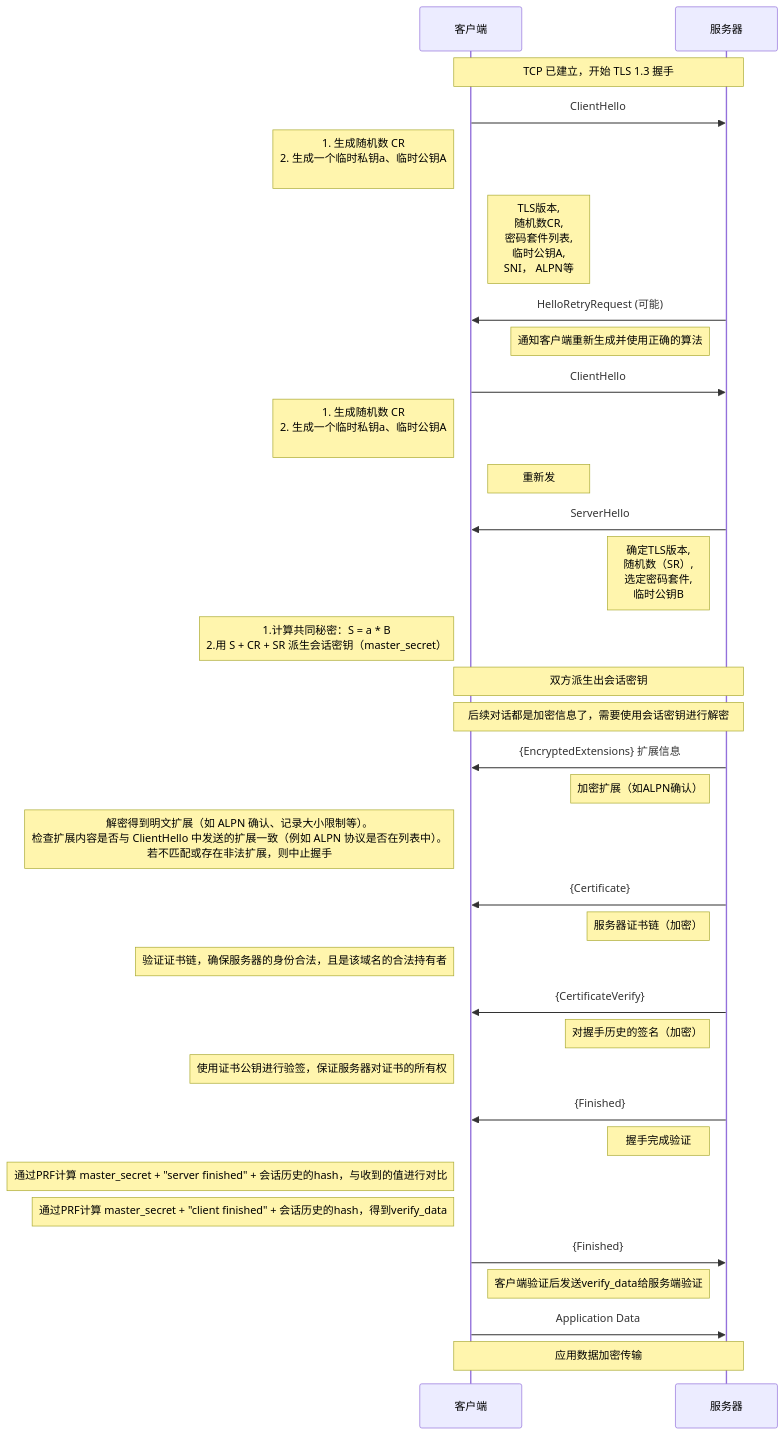
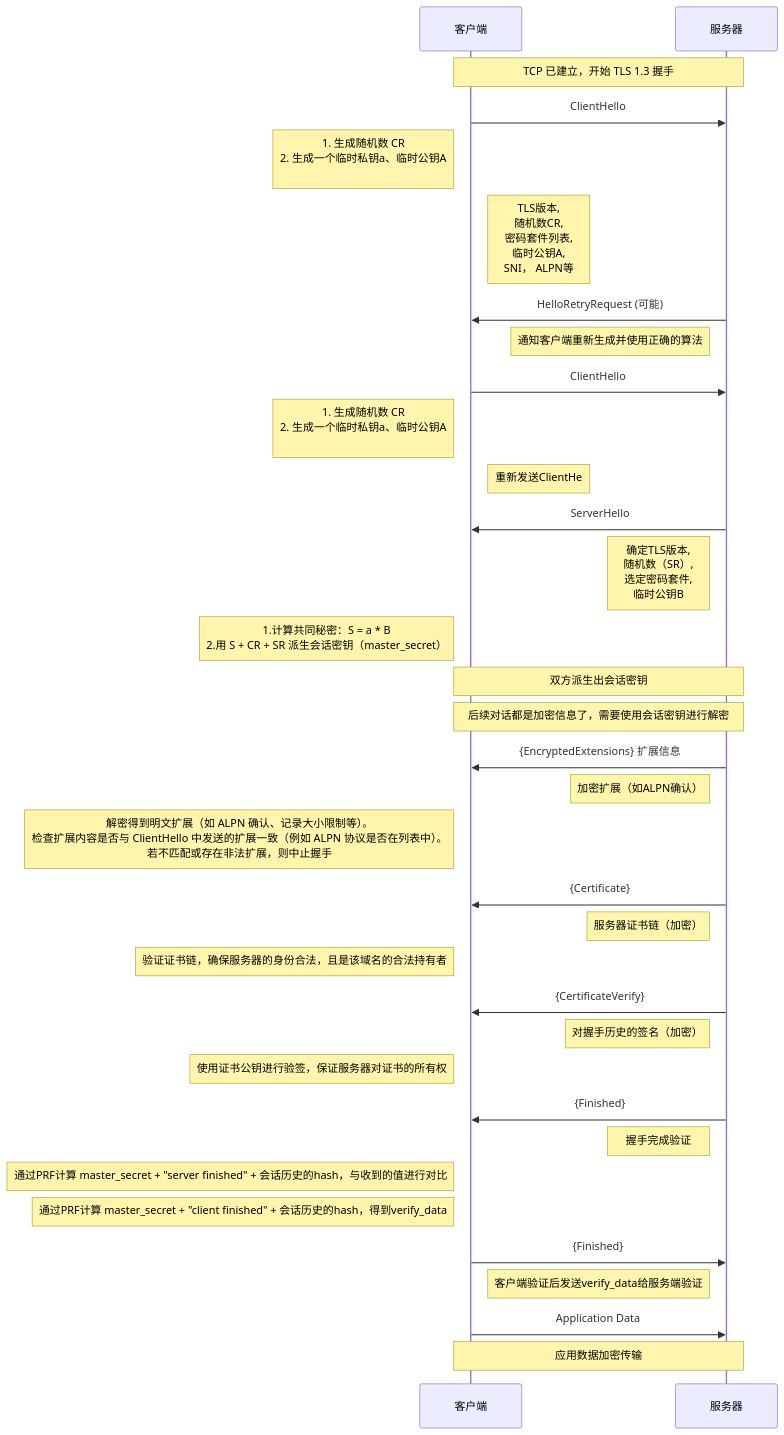
Before and after one commit to HY-10-8/iodraw-files: the diagram in all/TLS-1.3-通用（全）.md, drawn with Mermaid.

Commit message:
2026-03-31 10:09:50 update

````diff
--- a/all/TLS-1.3-通用（全）.md
+++ b/all/TLS-1.3-通用（全）.md
@@ -1,48 +1,48 @@
 ```mermaid
 sequenceDiagram
     participant C as 客户端
     participant S as 服务器
 
     Note over C,S: TCP 已建立，开始 TLS 1.3 握手
 
     C->>S: ClientHello
     Note left of C: 1. 生成随机数 CR<br/> 2. 生成一个临时私钥a、临时公钥A<br/>
     Note right of C: TLS版本,<br/> 随机数CR,<br/> 密码套件列表,<br/> 临时公钥A,<br/> SNI， ALPN等
 
     S->>C: HelloRetryRequest (可能)
     Note left of S: 通知客户端重新生成并使用正确的算法
 
     C->>S: ClientHello
     Note left of C: 1. 生成随机数 CR<br/> 2. 生成一个临时私钥a、临时公钥A<br/>
-    Note right of C: 重新发
+    Note right of C: 重新发送ClientHe
 
     S->>C: ServerHello
     Note left of S: 确定TLS版本, <br/>随机数（SR）,<br/> 选定密码套件, <br/>临时公钥B
     Note left of C: 1.计算共同秘密：S = a * B<br/> 2.用 S + CR + SR 派生会话密钥（master_secret）
 
     Note over C,S: 双方派生出会话密钥
     Note over C,S: 后续对话都是加密信息了，需要使用会话密钥进行解密
 
     S->>C: {EncryptedExtensions} 扩展信息
     Note left of S: 加密扩展（如ALPN确认）
     Note left of C: 解密得到明文扩展（如 ALPN 确认、记录大小限制等）。<br/>检查扩展内容是否与 ClientHello 中发送的扩展一致（例如 ALPN 协议是否在列表中）。<br/> 若不匹配或存在非法扩展，则中止握手
 
     S->>C: {Certificate}
     Note left of S: 服务器证书链（加密）
     Note left of C: 验证证书链，确保服务器的身份合法，且是该域名的合法持有者
 
     S->>C: {CertificateVerify}
     Note left of S: 对握手历史的签名（加密）
     Note left of C: 使用证书公钥进行验签，保证服务器对证书的所有权
 
     S->>C: {Finished}
     Note left of S: 握手完成验证
     Note left of C: 通过PRF计算 master_secret + "server finished" + 会话历史的hash，与收到的值进行对比
     Note left of C: 通过PRF计算 master_secret + "client finished" + 会话历史的hash，得到verify_data
 
     C->>S: {Finished}
     Note right of C: 客户端验证后发送verify_data给服务端验证
 
     C->>S: Application Data
     Note over C,S: 应用数据加密传输
 ```
````
